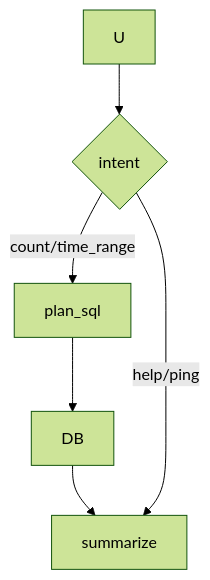
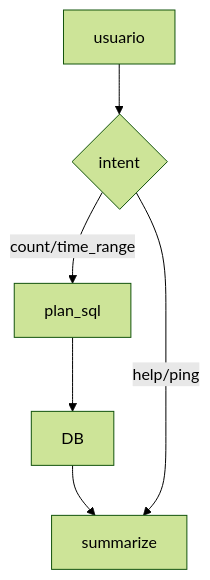
Before and after one commit to Ind50-UPM/2025-JP-GENESIS: the diagram in TFM/Pipelines/enfoque_agenteunificado/readme.md, drawn with Mermaid (forest theme).

````diff
--- a/TFM/Pipelines/enfoque_agenteunificado/readme.md
+++ b/TFM/Pipelines/enfoque_agenteunificado/readme.md
@@ -14,6 +14,6 @@
 ```mermaid
 flowchart TD
-U-->router{intent}
+U[usuario]-->router{intent}
 router--count/time_range-->plan_sql-->DB-->summarize
 router--help/ping-->summarize
 ```
````
